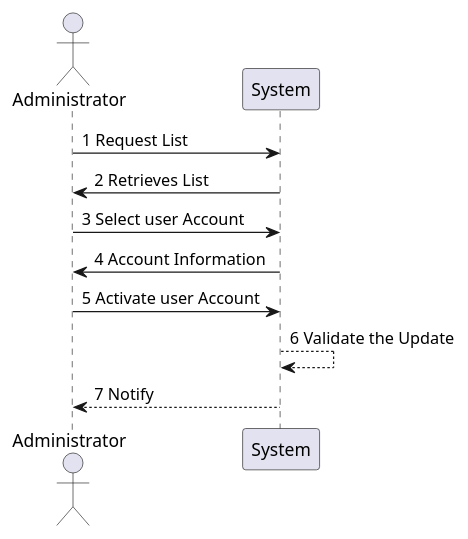
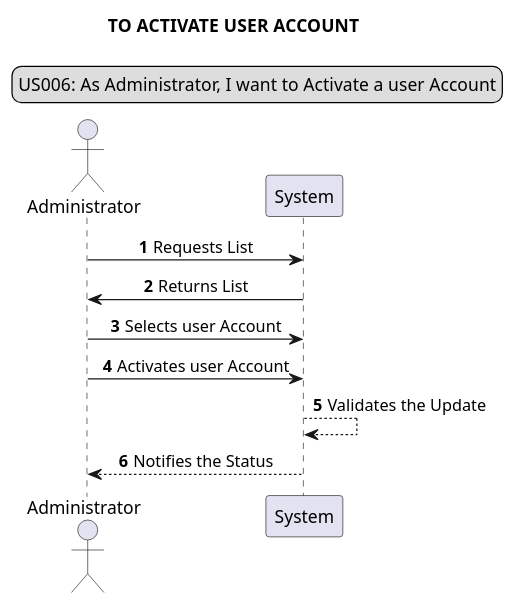
Before and after one commit to Loracline/project_switch_22-23: the third of 25 diagrams in docs/data_model/System Sequence Diagram.puml, drawn with PlantUML. The commit also changed other lines of this file, not shown here.

First line of the commit message:
[None US number]: [Project]: [System Sequence Diagram]

```diff
--- a/docs/data_model/System Sequence Diagram.puml
+++ b/docs/data_model/System Sequence Diagram.puml
@@ -26,10 +30,15 @@
 @startuml
+skinparam sequenceMessageAlign center
+autonumber
+title TO ACTIVATE USER ACCOUNT
+legend top
+US006: As Administrator, I want to Activate a user Account
+end legend
 actor Administrator
-Administrator -> System:1 Request List
-System -> Administrator:2 Retrieves List
-Administrator -> System:3 Select user Account
-System -> Administrator:4 Account Information
-Administrator -> System:5 Activate user Account
-System --> System:6 Validate the Update
-System --> Administrator:7 Notify
+Administrator -> System: Requests List
+System -> Administrator: Returns List
+Administrator -> System: Selects user Account
+Administrator -> System: Activates user Account
+System --> System: Validates the Update
+System --> Administrator: Notifies the Status
 @enduml
```
